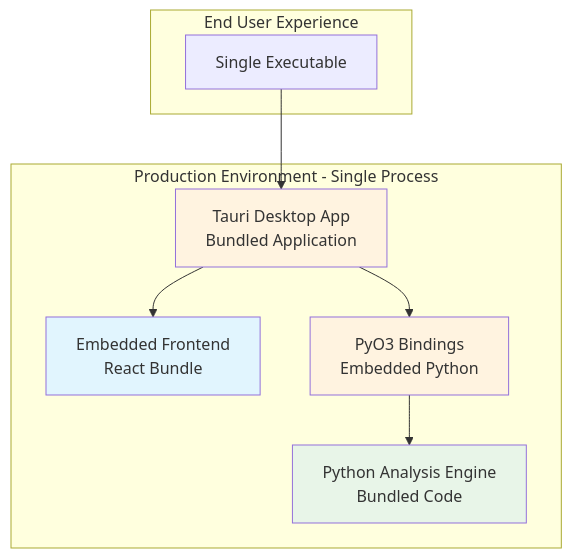
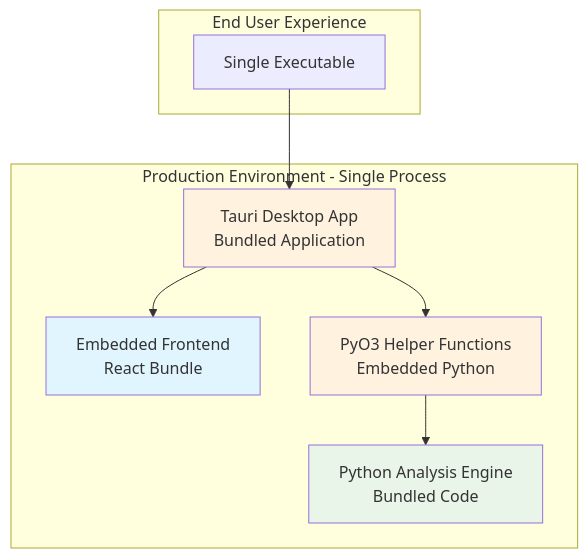
One commit to boost-edu-tools/gitinspectorgui changed the second of 6 diagrams in docs/development/development-architecture.md. Above: the diagram before and after it, drawn with Mermaid. The commit also changed other lines of this file and 19 other files, not shown here.

First line of the commit message:
docs: update architecture from raw PyO3 to simplified helper functions

````diff
--- a/docs/development/development-architecture.md
+++ b/docs/development/development-architecture.md
@@ -59,21 +59,21 @@
 ```mermaid
 graph TB
     subgraph "Production Environment - Single Process"
         A[Tauri Desktop App<br/>Bundled Application]
         B[Embedded Frontend<br/>React Bundle]
-        C[PyO3 Bindings<br/>Embedded Python]
+        C[PyO3 Helper Functions<br/>Embedded Python]
         D[Python Analysis Engine<br/>Bundled Code]
     end
 
     subgraph "End User Experience"
         E[Single Executable] --> A
         A --> B
         A --> C
         C --> D
     end
 
     style A fill:#fff3e0
     style B fill:#e1f5fe
     style C fill:#fff3e0
     style D fill:#e8f5e8
 ```
````
